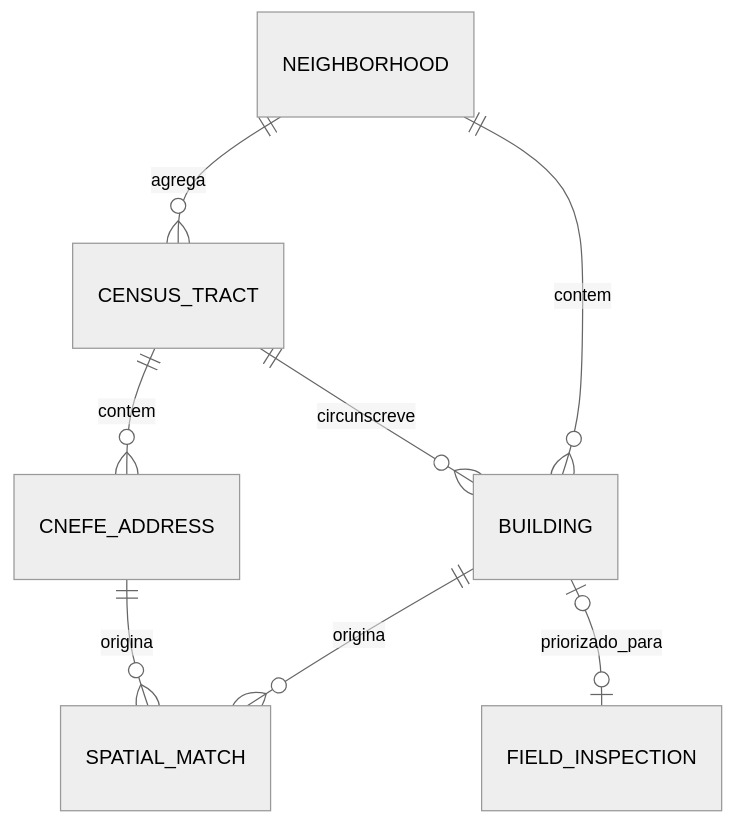
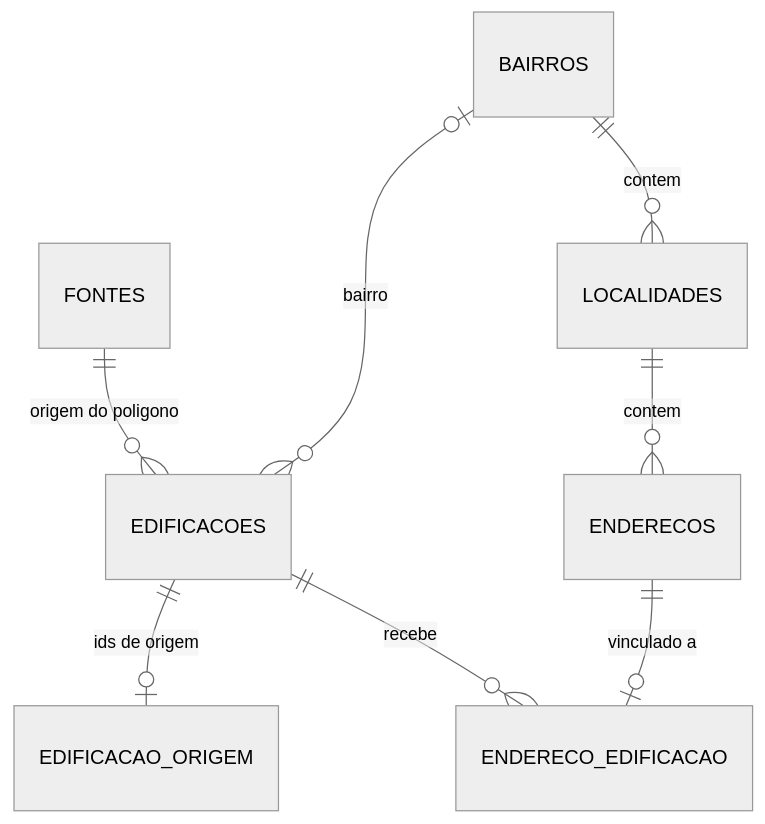
One commit to NOXXD-COMPANY/ATLAS-PAULO-AFONSO changed the diagram in README.md. Above: the diagram before and after it, drawn with Mermaid (neutral theme). The commit also changed other lines of this file, not shown here.

Commit message:
docs: atualiza README para refletir mudanças na estrutura do banco de dados e no fluxo de carga

````diff
--- a/README.md
+++ b/README.md
@@ -342,10 +313,10 @@
 ```mermaid
 erDiagram
-    NEIGHBORHOOD ||--o{ CENSUS_TRACT : agrega
-    NEIGHBORHOOD ||--o{ BUILDING : contem
-    CENSUS_TRACT ||--o{ BUILDING : circunscreve
-    CENSUS_TRACT ||--o{ CNEFE_ADDRESS : contem
-    BUILDING ||--o{ SPATIAL_MATCH : origina
-    CNEFE_ADDRESS ||--o{ SPATIAL_MATCH : origina
-    BUILDING |o--o| FIELD_INSPECTION : priorizado_para
+    FONTES ||--o{ EDIFICACOES : "origem do poligono"
+    BAIRROS |o--o{ EDIFICACOES : "bairro"
+    BAIRROS ||--o{ LOCALIDADES : "contem"
+    LOCALIDADES ||--o{ ENDERECOS : "contem"
+    EDIFICACOES ||--o| EDIFICACAO_ORIGEM : "ids de origem"
+    EDIFICACOES ||--o{ ENDERECO_EDIFICACAO : "recebe"
+    ENDERECOS ||--o| ENDERECO_EDIFICACAO : "vinculado a"
 ```
````
